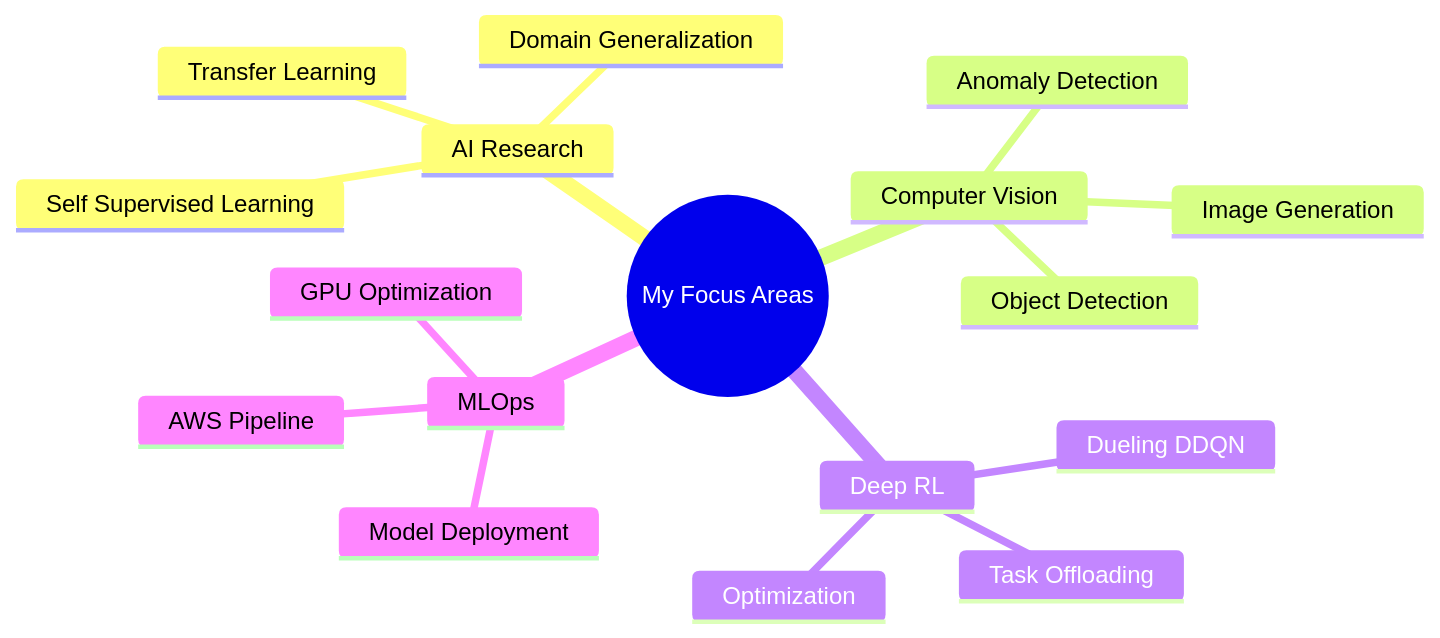
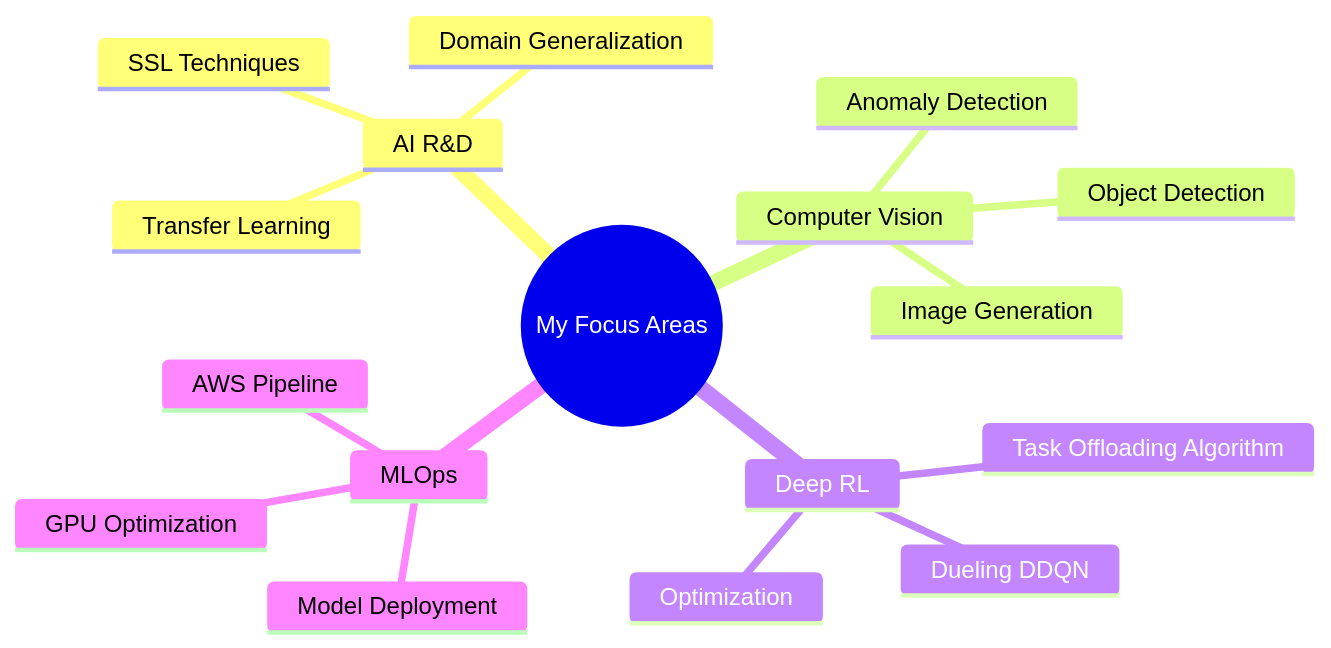
Before and after one commit to DinukaMadhushan1234/DinukaMadhushan1234: the diagram in README.md, drawn with Mermaid. The commit also changed other lines of this file, not shown here.

````diff
--- a/README.md
+++ b/README.md
@@ -136,20 +123,20 @@
 ```mermaid
 mindmap
   root((My Focus Areas))
-    AI Research
-      Self Supervised Learning
+    AI R&D
+      SSL Techniques
       Domain Generalization
       Transfer Learning
     Computer Vision
       Object Detection
       Image Generation
       Anomaly Detection
     Deep RL
       Dueling DDQN
-      Task Offloading
+      Task Offloading Algorithm
       Optimization
     MLOps
       AWS Pipeline
       Model Deployment
       GPU Optimization
 ```
````
